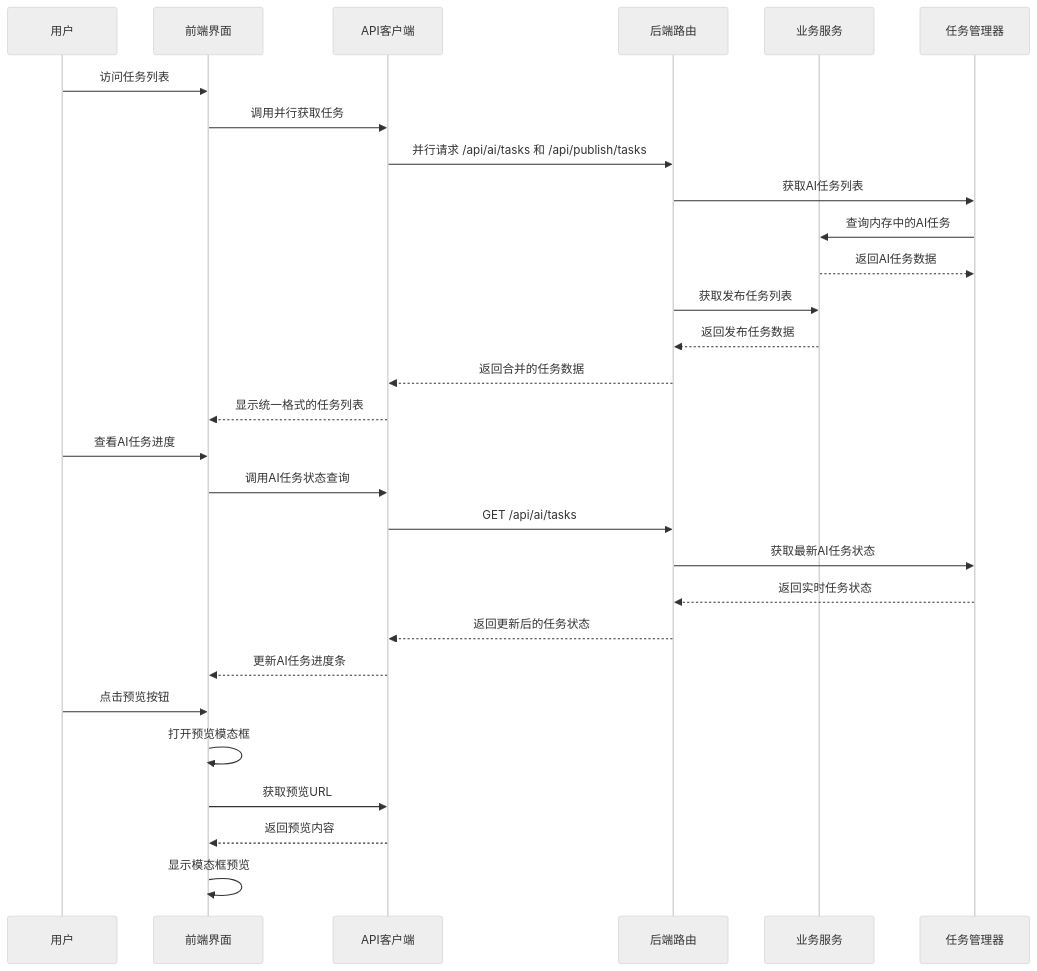
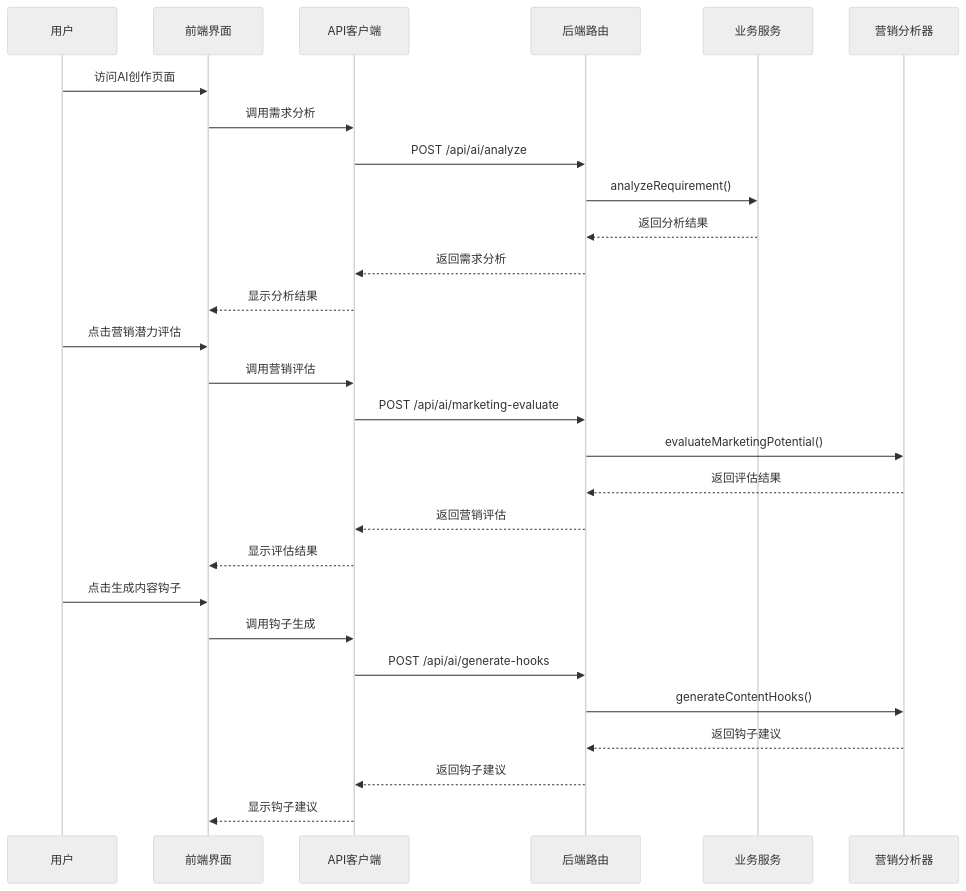
The second of 21 diagrams in .qoder/repowiki/zh/content/核心模块详解/Web界面系统/AI创作页面.md (songdiyang/clawOperations), drawn with Mermaid (neutral theme) before and after one commit. The commit also changed other lines of this file and 10 other files, not shown here.

````diff
--- a/.qoder/repowiki/zh/content/核心模块详解/Web界面系统/AI创作页面.md
+++ b/.qoder/repowiki/zh/content/核心模块详解/Web界面系统/AI创作页面.md
@@ -127,31 +138,30 @@
 ```mermaid
 sequenceDiagram
 participant User as 用户
 participant UI as 前端界面
 participant API as API客户端
 participant Router as 后端路由
 participant Service as 业务服务
-participant TaskManager as 任务管理器
-User->>UI : 访问任务列表
-UI->>API : 调用并行获取任务
-API->>Router : 并行请求 /api/ai/tasks 和 /api/publish/tasks
-Router->>TaskManager : 获取AI任务列表
-TaskManager->>Service : 查询内存中的AI任务
-Service-->>TaskManager : 返回AI任务数据
-Router->>Service : 获取发布任务列表
-Service-->>Router : 返回发布任务数据
-Router-->>API : 返回合并的任务数据
-API-->>UI : 显示统一格式的任务列表
-User->>UI : 查看AI任务进度
-UI->>API : 调用AI任务状态查询
-API->>Router : GET /api/ai/tasks
-Router->>TaskManager : 获取最新AI任务状态
-TaskManager-->>Router : 返回实时任务状态
-Router-->>API : 返回更新后的任务状态
-API-->>UI : 更新AI任务进度条
-User->>UI : 点击预览按钮
-UI->>UI : 打开预览模态框
-UI->>API : 获取预览URL
-API-->>UI : 返回预览内容
-UI->>UI : 显示模态框预览
+participant Analytics as 营销分析器
+User->>UI : 访问AI创作页面
+UI->>API : 调用需求分析
+API->>Router : POST /api/ai/analyze
+Router->>Service : analyzeRequirement()
+Service-->>Router : 返回分析结果
+Router-->>API : 返回需求分析
+API-->>UI : 显示分析结果
+User->>UI : 点击营销潜力评估
+UI->>API : 调用营销评估
+API->>Router : POST /api/ai/marketing-evaluate
+Router->>Analytics : evaluateMarketingPotential()
+Analytics-->>Router : 返回评估结果
+Router-->>API : 返回营销评估
+API-->>UI : 显示评估结果
+User->>UI : 点击生成内容钩子
+UI->>API : 调用钩子生成
+API->>Router : POST /api/ai/generate-hooks
+Router->>Analytics : generateContentHooks()
+Analytics-->>Router : 返回钩子建议
+Router-->>API : 返回钩子建议
+API-->>UI : 显示钩子建议
 ```
````
